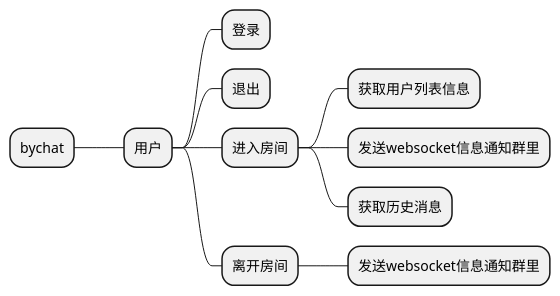
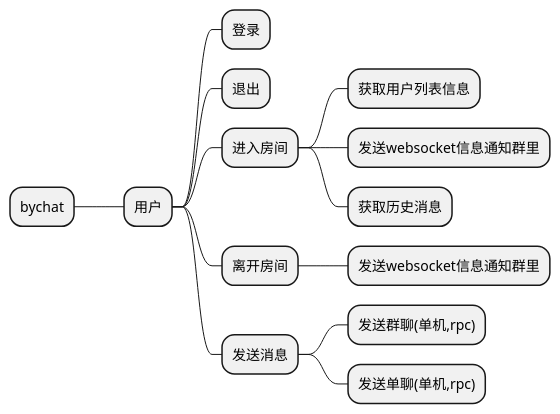
One commit to byzze/bychat changed the diagram in doc/设计2.md. Above: the diagram before and after it, drawn with PlantUML. The commit also changed 21 other files, not shown here.

````diff
--- a/doc/设计2.md
+++ b/doc/设计2.md
@@ -4,15 +4,17 @@
 ```puml
 @startmindmap
 + bychat
 ++ 用户
 +++ 登录
 +++ 退出
 +++ 进入房间
 ++++ 获取用户列表信息
 ++++ 发送websocket信息通知群里
 ++++ 获取历史消息
 +++ 离开房间
 ++++ 发送websocket信息通知群里
-
++++ 发送消息
+++++ 发送群聊(单机,rpc)
+++++ 发送单聊(单机,rpc)
 @endmindmap
 ```
````
